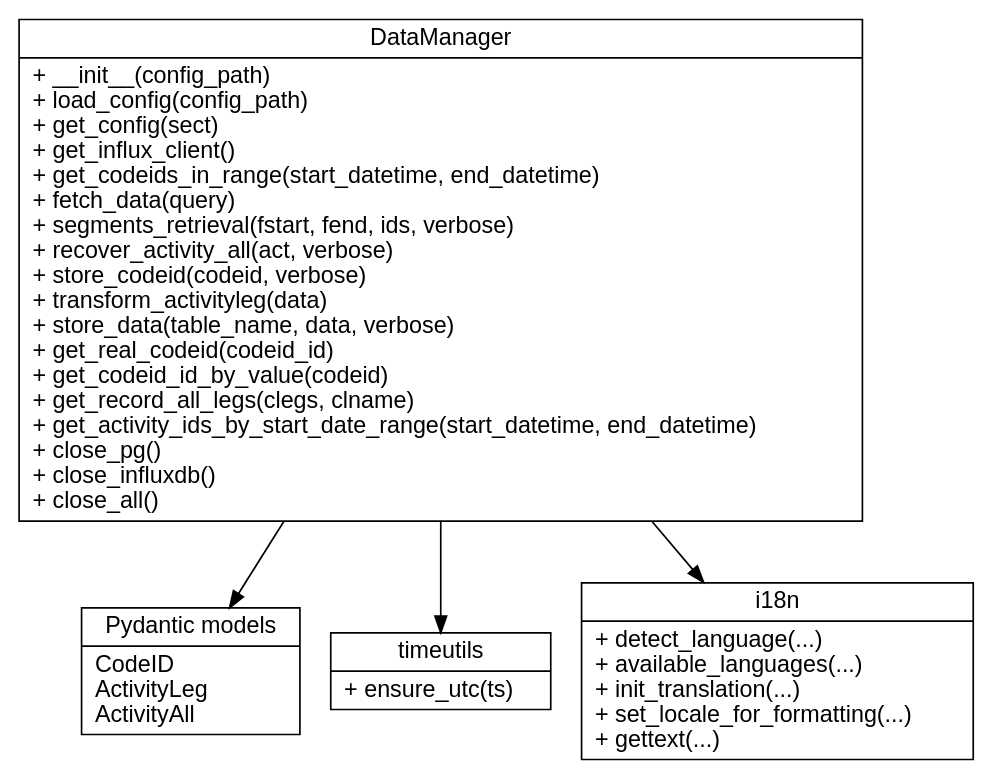
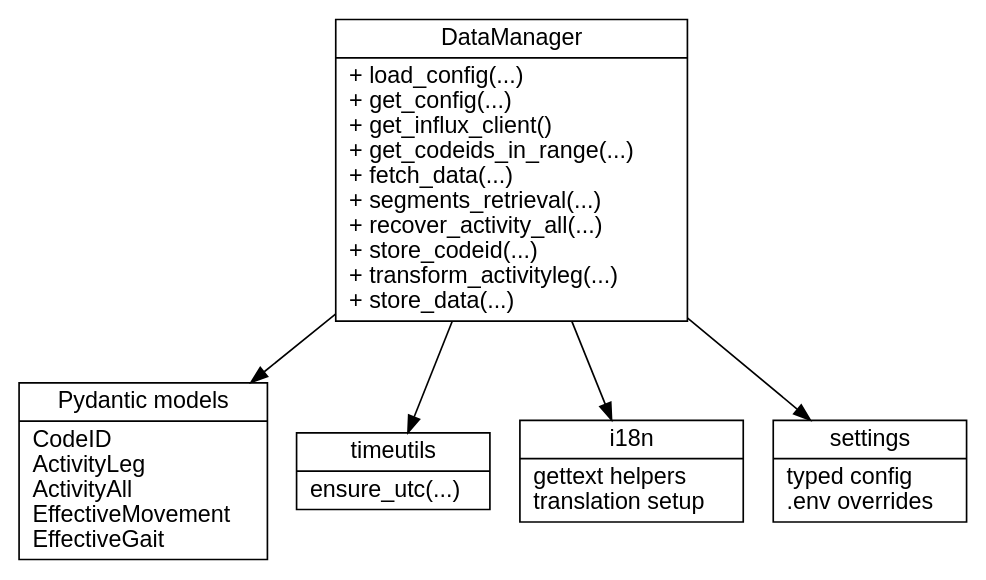
One commit to MultipleSclerosisMonitoring/DPC_2024 changed the diagram in docs/msTools.rst. Above: the diagram before and after it, drawn with Graphviz. The commit also changed other lines of this file and 43 other files, not shown here.

```diff
--- a/docs/msTools.rst
+++ b/docs/msTools.rst
@@ -11,53 +14,33 @@
 .. graphviz::
-   :caption: DataManager and shared utilities
+   :caption: Shared infrastructure and integration points
    :align: center
 
    digraph class_msTools {
       rankdir=TB;
       graph [fontname="Helvetica"];
       node  [shape=record, fontname="Helvetica"];
       edge  [fontname="Helvetica"];
 
       DataManager [label="{DataManager|
-        + __init__(config_path)\l
-        + load_config(config_path)\l
-        + get_config(sect)\l
+        + load_config(...)\l
+        + get_config(...)\l
         + get_influx_client()\l
-        + get_codeids_in_range(start_datetime, end_datetime)\l
-        + fetch_data(query)\l
-        + segments_retrieval(fstart, fend, ids, verbose)\l
-        + recover_activity_all(act, verbose)\l
-        + store_codeid(codeid, verbose)\l
-        + transform_activityleg(data)\l
-        + store_data(table_name, data, verbose)\l
-        + get_real_codeid(codeid_id)\l
-        + get_codeid_id_by_value(codeid)\l
-        + get_record_all_legs(clegs, clname)\l
-        + get_activity_ids_by_start_date_range(start_datetime, end_datetime)\l
-        + close_pg()\l
-        + close_influxdb()\l
-        + close_all()\l
+        + get_codeids_in_range(...)\l
+        + fetch_data(...)\l
+        + segments_retrieval(...)\l
+        + recover_activity_all(...)\l
+        + store_codeid(...)\l
+        + transform_activityleg(...)\l
+        + store_data(...)\l
       }"];
 
-      Models [label="{Pydantic models|
-        CodeID\l
-        ActivityLeg\l
-        ActivityAll\l
-      }"];
-
-      TimeUtils [label="{timeutils|
-        + ensure_utc(ts)\l
-      }"];
-
-      I18N [label="{i18n|
-        + detect_language(...)\l
-        + available_languages(...)\l
-        + init_translation(...)\l
-        + set_locale_for_formatting(...)\l
-        + gettext(...)\l
-      }"];
+      Models [label="{Pydantic models|CodeID\lActivityLeg\lActivityAll\lEffectiveMovement\lEffectiveGait\l}"];
+      TimeUtils [label="{timeutils|ensure_utc(...)\l}"];
+      I18N [label="{i18n|gettext helpers\ltranslation setup\l}"];
+      Settings [label="{settings|typed config\l.env overrides\l}"];
 
       DataManager -> Models;
       DataManager -> TimeUtils;
       DataManager -> I18N;
+      DataManager -> Settings;
    }
```
